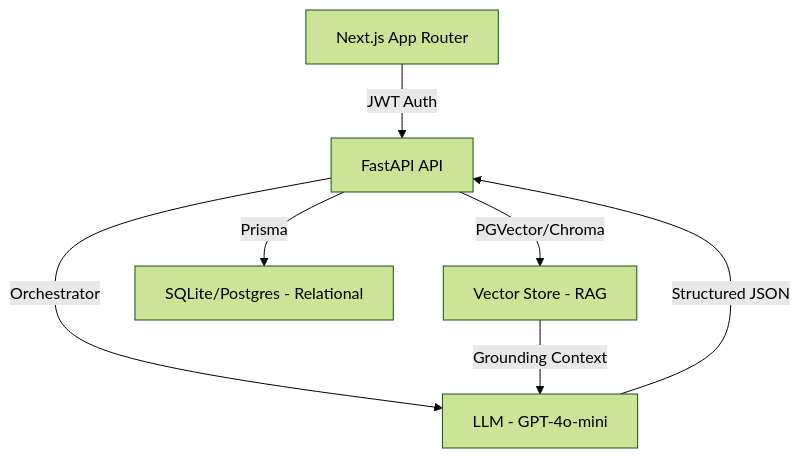
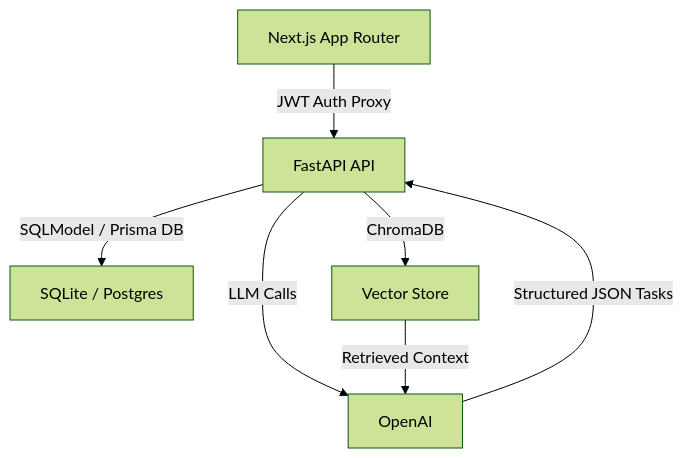
Before and after one commit to uttkarshTewari2006/Codify: the diagram in README.md, drawn with Mermaid (forest theme). The commit also changed other lines of this file and 9 other files, not shown here.

Commit message:
Fix RAG flow and roadmap data handling

````diff
--- a/README.md
+++ b/README.md
@@ -32,9 +30,9 @@
 ```mermaid
 graph TD
-    A[Next.js App Router] -->|JWT Auth| B[FastAPI API]
-    B -->|PGVector/Chroma| C[Vector Store - RAG]
-    B -->|Prisma| D[SQLite/Postgres - Relational]
-    B -->|Orchestrator| E[LLM - GPT-4o-mini]
-    C -->|Grounding Context| E
-    E -->|Structured JSON| B
+    A[Next.js App Router] -->|JWT Auth Proxy| B[FastAPI API]
+    B -->|SQLModel / Prisma DB| C[SQLite / Postgres]
+    B -->|ChromaDB| D[Vector Store]
+    B -->|LLM Calls| E[OpenAI]
+    D -->|Retrieved Context| E
+    E -->|Structured JSON Tasks| B
 ```
````
